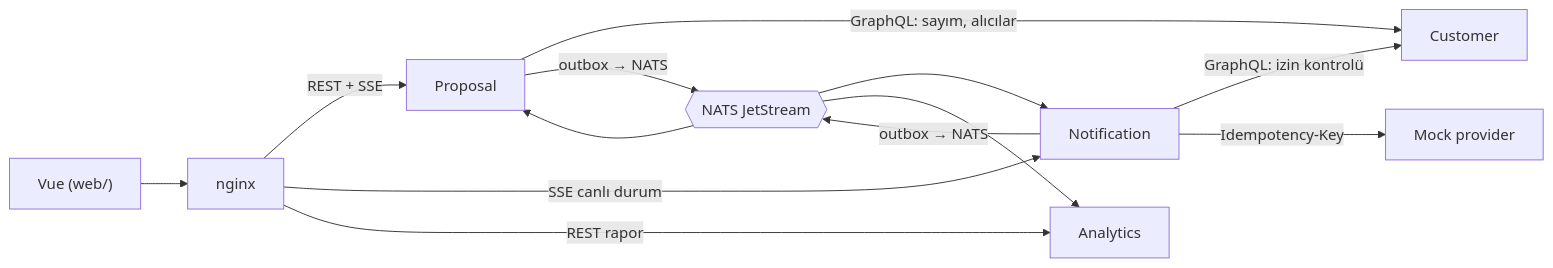
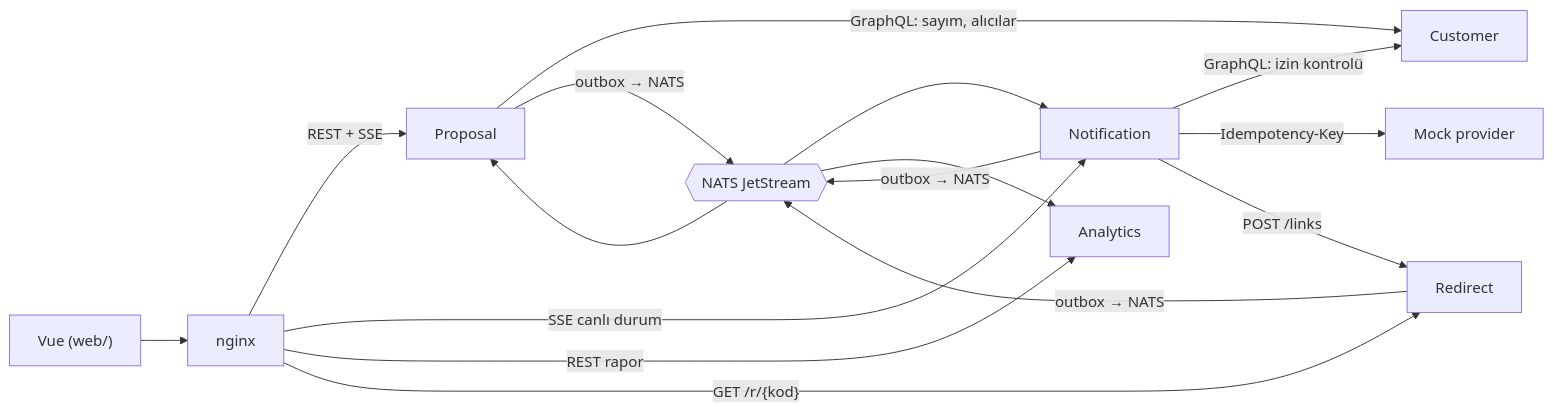
One commit to furknozg/coldbru changed the first of 8 diagrams in docs/domain-model.md. Above: the diagram before and after it, drawn with Mermaid. The commit also changed other lines of this file and 47 other files, not shown here.

````diff
--- a/docs/domain-model.md
+++ b/docs/domain-model.md
@@ -23,15 +24,18 @@
 ```mermaid
 flowchart LR
     V["Vue (web/)"] --> G["nginx"]
     G -- "REST + SSE" --> P["Proposal"]
     G -- "SSE canlı durum" --> N["Notification"]
     G -- "REST rapor" --> A["Analytics"]
     P -- "GraphQL: sayım, alıcılar" --> C["Customer"]
     N -- "GraphQL: izin kontrolü" --> C
     P -- "outbox → NATS" --> Q{{"NATS JetStream"}}
     Q --> N
     N -- "outbox → NATS" --> Q
     Q --> A
     Q --> P
     N -- "Idempotency-Key" --> M["Mock provider"]
+    G -- "GET /r/{kod}" --> R["Redirect"]
+    N -- "POST /links" --> R
+    R -- "outbox → NATS" --> Q
 ```
````
